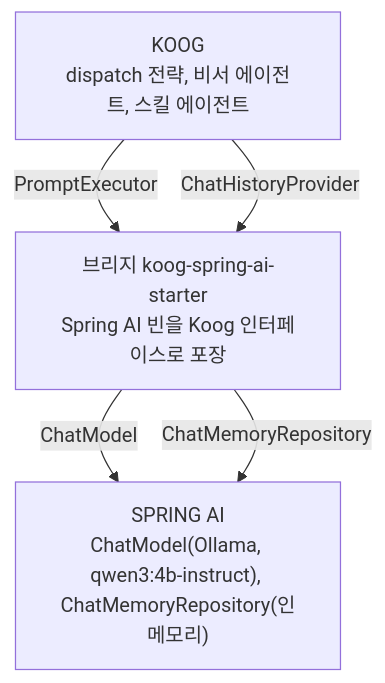
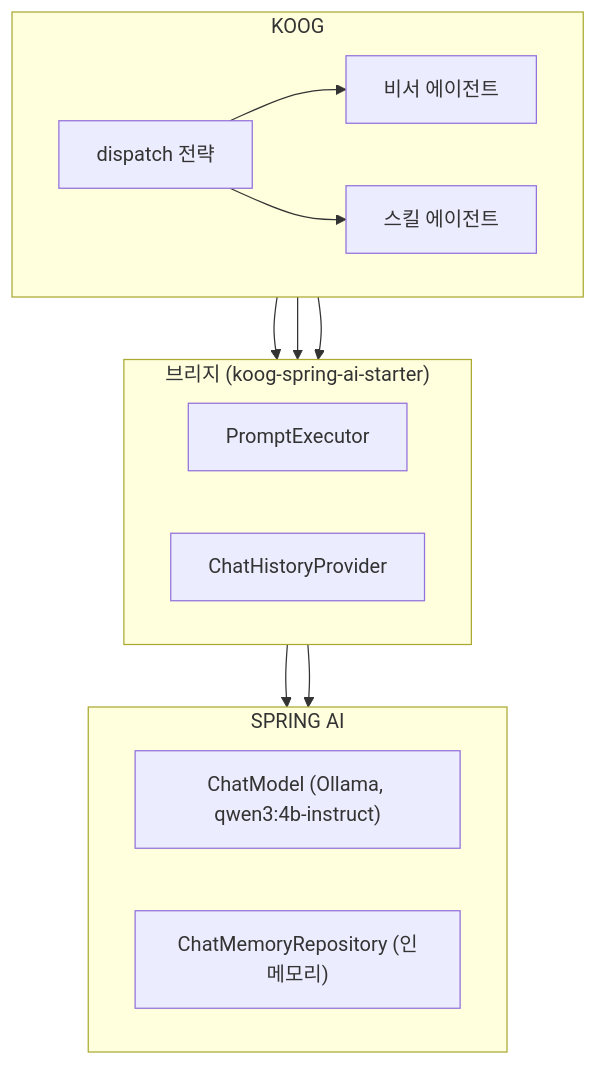
One commit to devjune/ai-study changed the first of 2 diagrams in demo-phase3/docs/Koog 세미나.md. Above: the diagram before and after it, drawn with Mermaid.

Commit message:
docs(demo-phase3): Koog 세미나.md 6장 그림을 층 상자(subgraph) 구조로, 슬라이드의 세 층 배치와 같게
Claude-Session: https://claude.ai/code/session_01EuQWNfhXexEBDs2vnTj3cx

````diff
--- a/demo-phase3/docs/Koog 세미나.md
+++ b/demo-phase3/docs/Koog 세미나.md
@@ -84,8 +84,21 @@
 ```mermaid
 flowchart TB
-    K["KOOG<br/>dispatch 전략, 비서 에이전트, 스킬 에이전트"]
-    B["브리지 koog-spring-ai-starter<br/>Spring AI 빈을 Koog 인터페이스로 포장"]
-    S["SPRING AI<br/>ChatModel(Ollama, qwen3:4b-instruct), ChatMemoryRepository(인메모리)"]
-    K -- "PromptExecutor" --> B -- "ChatModel" --> S
-    K -- "ChatHistoryProvider" --> B -- "ChatMemoryRepository" --> S
+    subgraph K["KOOG"]
+        direction LR
+        D["dispatch 전략"] --> A["비서 에이전트"]
+        D --> SK["스킬 에이전트"]
+    end
+    subgraph B["브리지 (koog-spring-ai-starter)"]
+        direction LR
+        PE["PromptExecutor"]
+        HP["ChatHistoryProvider"]
+    end
+    subgraph SA["SPRING AI"]
+        direction LR
+        CM["ChatModel (Ollama, qwen3:4b-instruct)"]
+        MR["ChatMemoryRepository (인메모리)"]
+    end
+    A --> PE --> CM
+    A --> HP --> MR
+    SK --> PE
 ```
````
